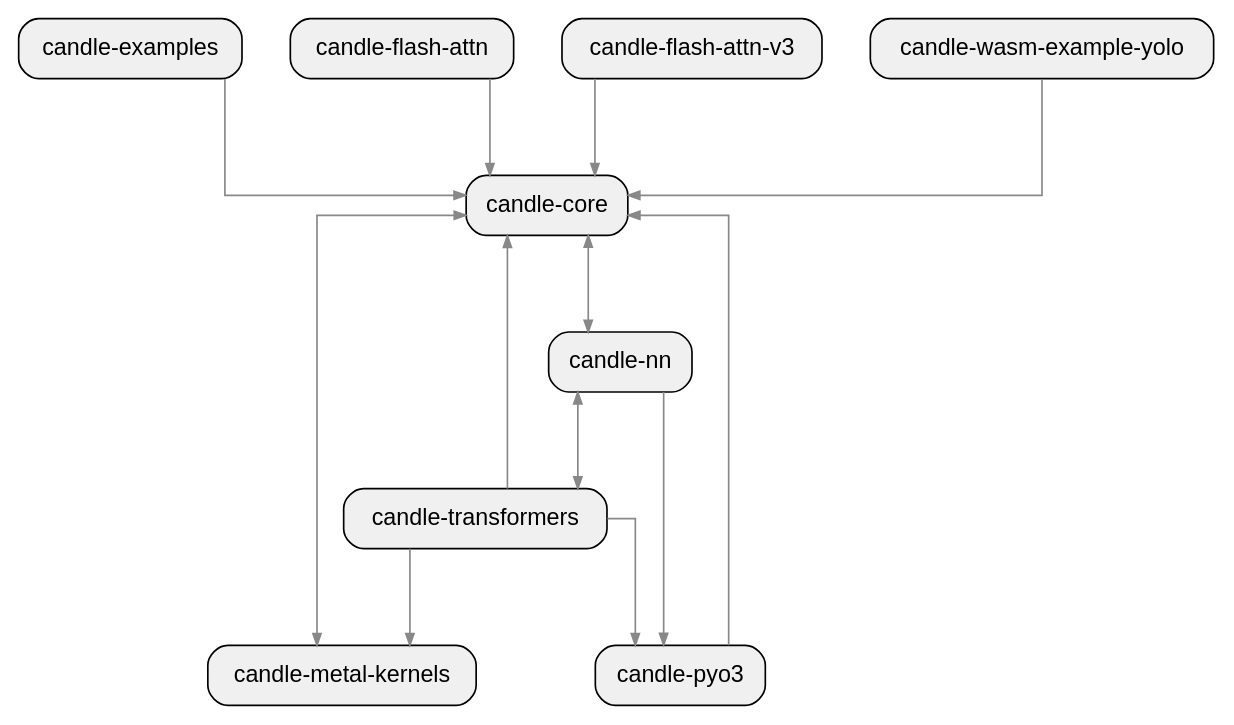
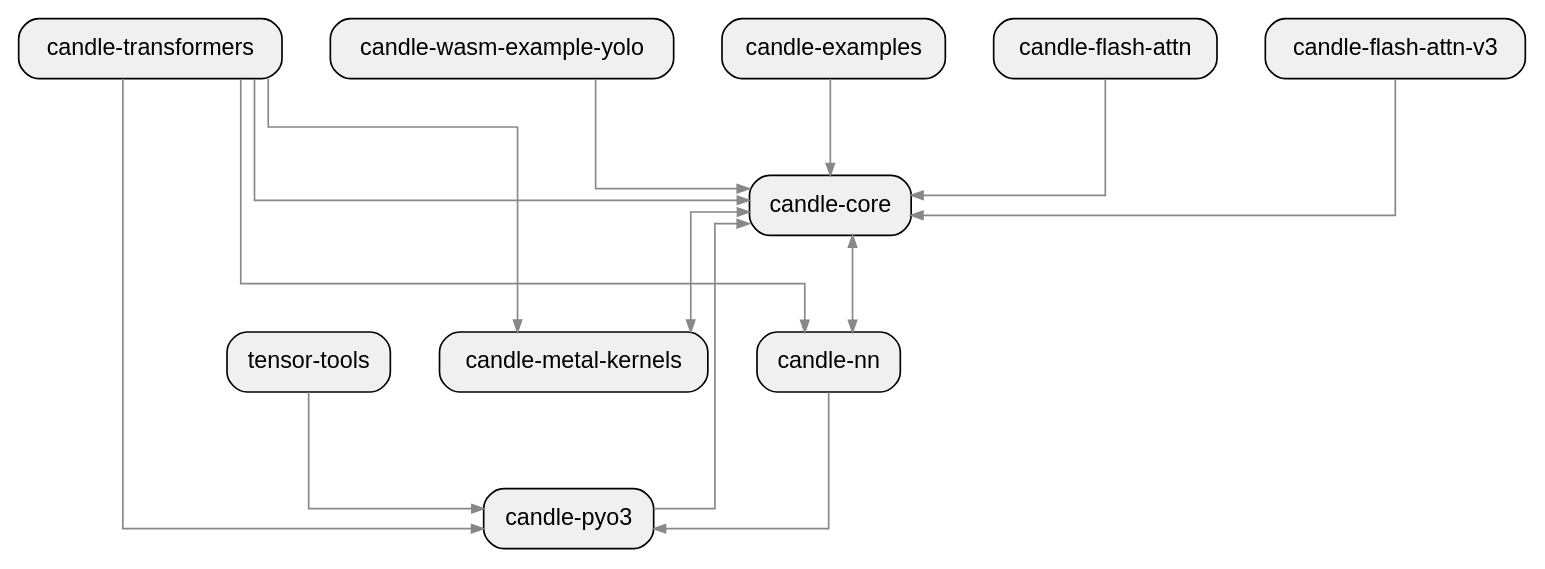
One commit to allenanswerzq/llmcc changed the diagram in sample/rust/candle-pagerank/depth_1_crate.dot. Above: the diagram before and after it, drawn with Graphviz. The commit also changed 402 other files, not shown here.

```diff
--- a/sample/rust/candle-pagerank/depth_1_crate.dot
+++ b/sample/rust/candle-pagerank/depth_1_crate.dot
@@ -1,39 +1,40 @@
 digraph architecture {
   rankdir=TB;
   ranksep=0.8;
   nodesep=0.4;
   splines=ortho;
   concentrate=true;
 
   node [shape=box, style="rounded,filled", fillcolor="#f0f0f0", fontname="Helvetica"];
   edge [color="#888888", arrowsize=0.7];
 
   labelloc=t;
   fontsize=16;
 
   crate_candle_core[label="candle-core", path="/home/yibai/llmcc/sample/repos/candle/candle-core"];
   crate_candle_examples[label="candle-examples", path="/home/yibai/llmcc/sample/repos/candle/candle-examples"];
   crate_candle_flash_attn[label="candle-flash-attn", path="/home/yibai/llmcc/sample/repos/candle/candle-flash-attn"];
   crate_candle_flash_attn_v3[label="candle-flash-attn-v3", path="/home/yibai/llmcc/sample/repos/candle/candle-flash-attn-v3"];
   crate_candle_metal_kernels[label="candle-metal-kernels", path="/home/yibai/llmcc/sample/repos/candle/candle-metal-kernels"];
   crate_candle_nn[label="candle-nn", path="/home/yibai/llmcc/sample/repos/candle/candle-nn"];
   crate_candle_pyo3[label="candle-pyo3", path="/home/yibai/llmcc/sample/repos/candle/candle-pyo3"];
   crate_candle_transformers[label="candle-transformers", path="/home/yibai/llmcc/sample/repos/candle/candle-transformers"];
   crate_candle_wasm_example_yolo[label="candle-wasm-example-yolo", path="/home/yibai/llmcc/sample/repos/candle/candle-wasm-examples/yolo"];
+  crate_tensor_tools[label="tensor-tools", path="/home/yibai/llmcc/sample/repos/candle/tensor-tools"];
 
   crate_candle_core -> crate_candle_metal_kernels;
   crate_candle_core -> crate_candle_nn;
   crate_candle_examples -> crate_candle_core;
   crate_candle_flash_attn -> crate_candle_core;
   crate_candle_flash_attn_v3 -> crate_candle_core;
   crate_candle_metal_kernels -> crate_candle_core;
   crate_candle_nn -> crate_candle_core;
   crate_candle_nn -> crate_candle_pyo3;
-  crate_candle_nn -> crate_candle_transformers;
   crate_candle_pyo3 -> crate_candle_core;
   crate_candle_transformers -> crate_candle_core;
   crate_candle_transformers -> crate_candle_metal_kernels;
   crate_candle_transformers -> crate_candle_nn;
   crate_candle_transformers -> crate_candle_pyo3;
   crate_candle_wasm_example_yolo -> crate_candle_core;
+  crate_tensor_tools -> crate_candle_pyo3;
 }
```
